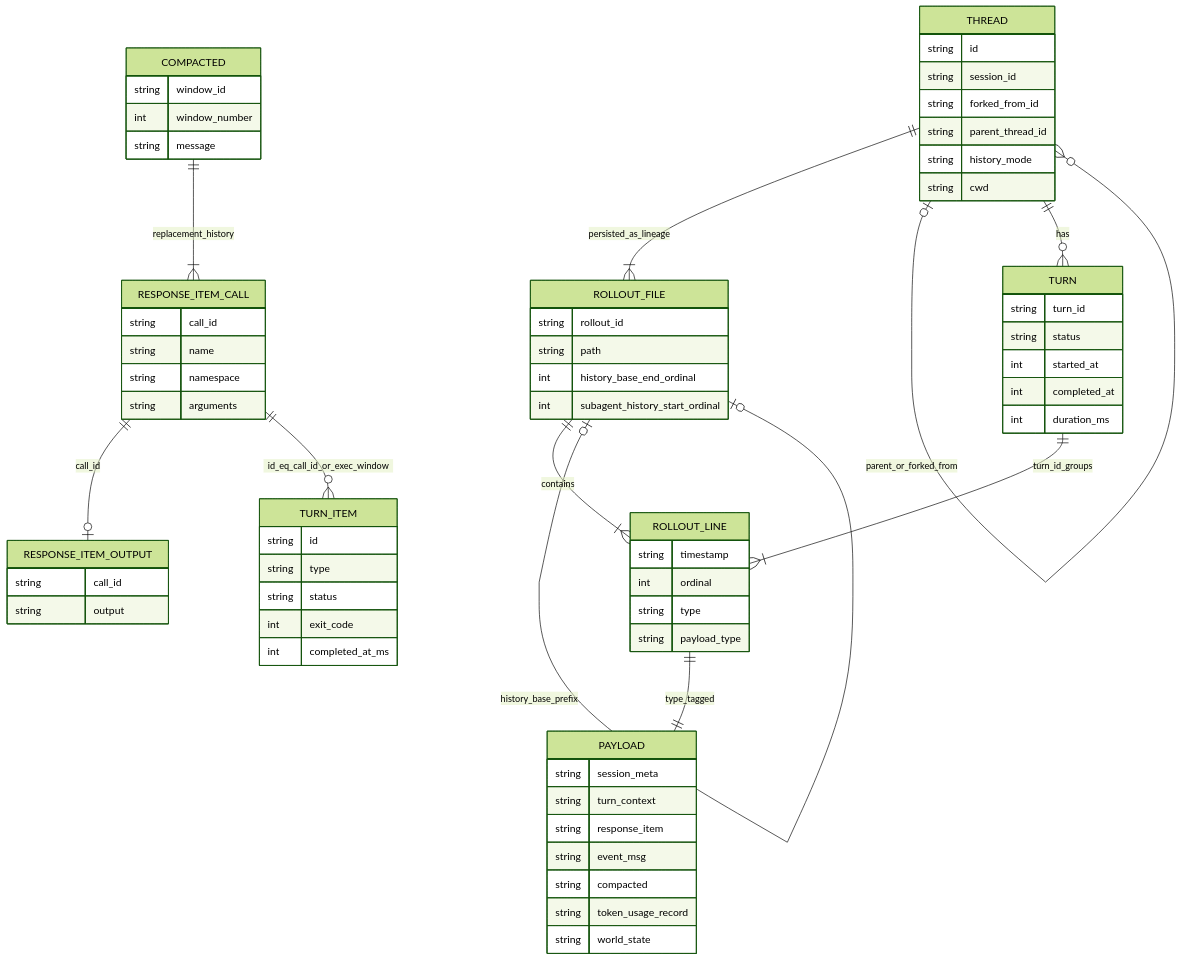
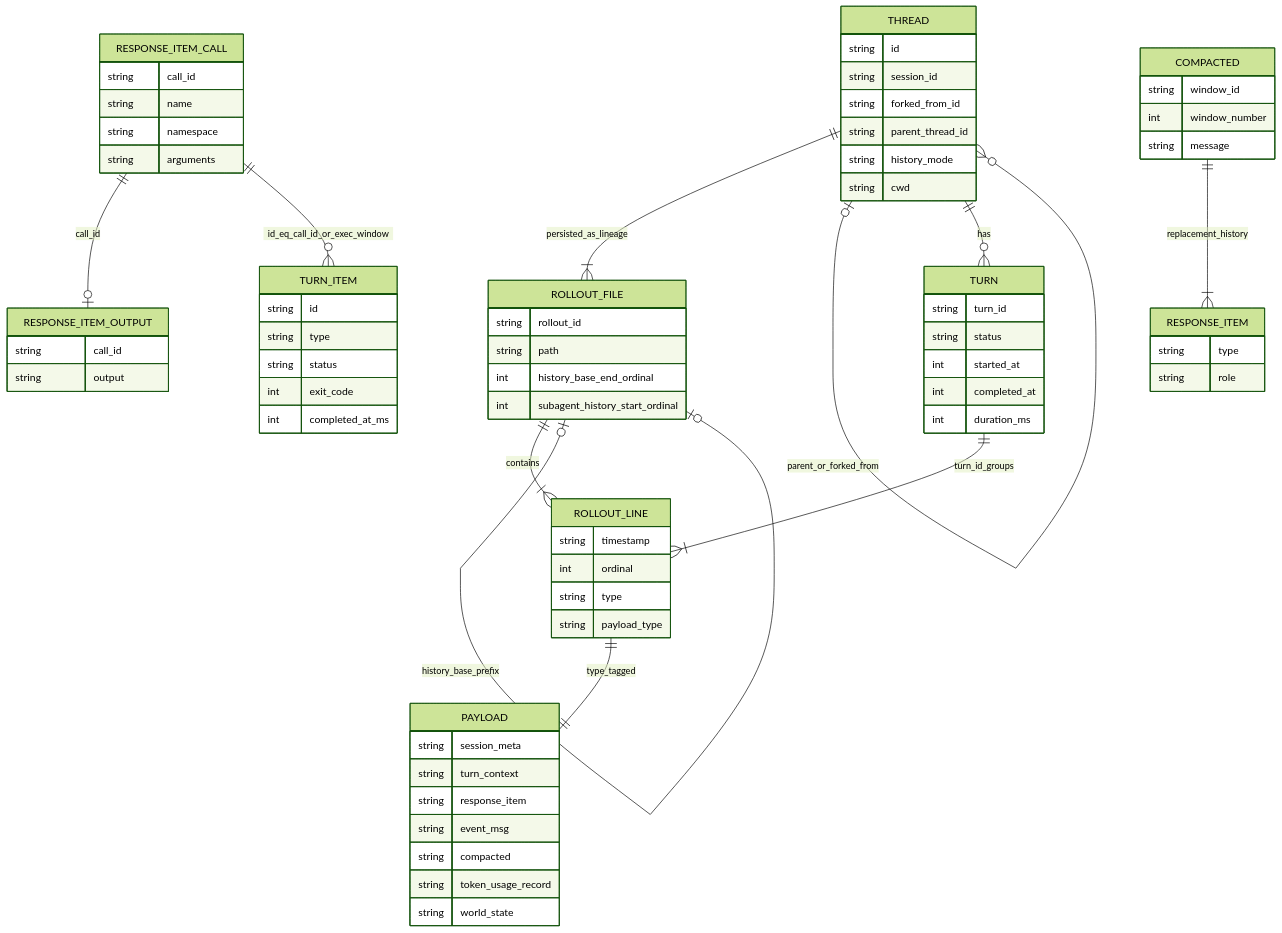
Before and after one commit to Orbit-Labs-AI/Orbit-Zhiyin: the third of 3 diagrams in docs/research/agent-sessions/codex.md, drawn with Mermaid (forest theme). The commit also changed other lines of this file, not shown here.

````diff
--- a/docs/research/agent-sessions/codex.md
+++ b/docs/research/agent-sessions/codex.md
@@ -607,71 +616,75 @@
 ```mermaid
 erDiagram
     THREAD ||--|{ ROLLOUT_FILE : "persisted_as_lineage"
     ROLLOUT_FILE ||--|{ ROLLOUT_LINE : "contains"
     ROLLOUT_FILE |o--o| ROLLOUT_FILE : "history_base_prefix"
     THREAD |o--o{ THREAD : "parent_or_forked_from"
     ROLLOUT_LINE ||--|| PAYLOAD : "type_tagged"
     TURN ||--|{ ROLLOUT_LINE : "turn_id_groups"
     RESPONSE_ITEM_CALL ||--o| RESPONSE_ITEM_OUTPUT : "call_id"
     RESPONSE_ITEM_CALL ||--o{ TURN_ITEM : "id_eq_call_id_or_exec_window"
-    COMPACTED ||--|{ RESPONSE_ITEM_CALL : "replacement_history"
+    COMPACTED ||--|{ RESPONSE_ITEM : "replacement_history"
     THREAD ||--o{ TURN : "has"
     THREAD {
         string id
         string session_id
         string forked_from_id
         string parent_thread_id
         string history_mode
         string cwd
     }
     ROLLOUT_FILE {
         string rollout_id
         string path
         int history_base_end_ordinal
         int subagent_history_start_ordinal
     }
     ROLLOUT_LINE {
         string timestamp
         int ordinal
         string type
         string payload_type
     }
     PAYLOAD {
         string session_meta
         string turn_context
         string response_item
         string event_msg
         string compacted
         string token_usage_record
         string world_state
     }
     TURN {
         string turn_id
         string status
         int started_at
         int completed_at
         int duration_ms
     }
     RESPONSE_ITEM_CALL {
         string call_id
         string name
         string namespace
         string arguments
     }
     RESPONSE_ITEM_OUTPUT {
         string call_id
         string output
     }
+    RESPONSE_ITEM {
+        string type
+        string role
+    }
     TURN_ITEM {
         string id
         string type
         string status
         int exit_code
         int completed_at_ms
     }
     COMPACTED {
         string window_id
         int window_number
         string message
     }
 ```
````
